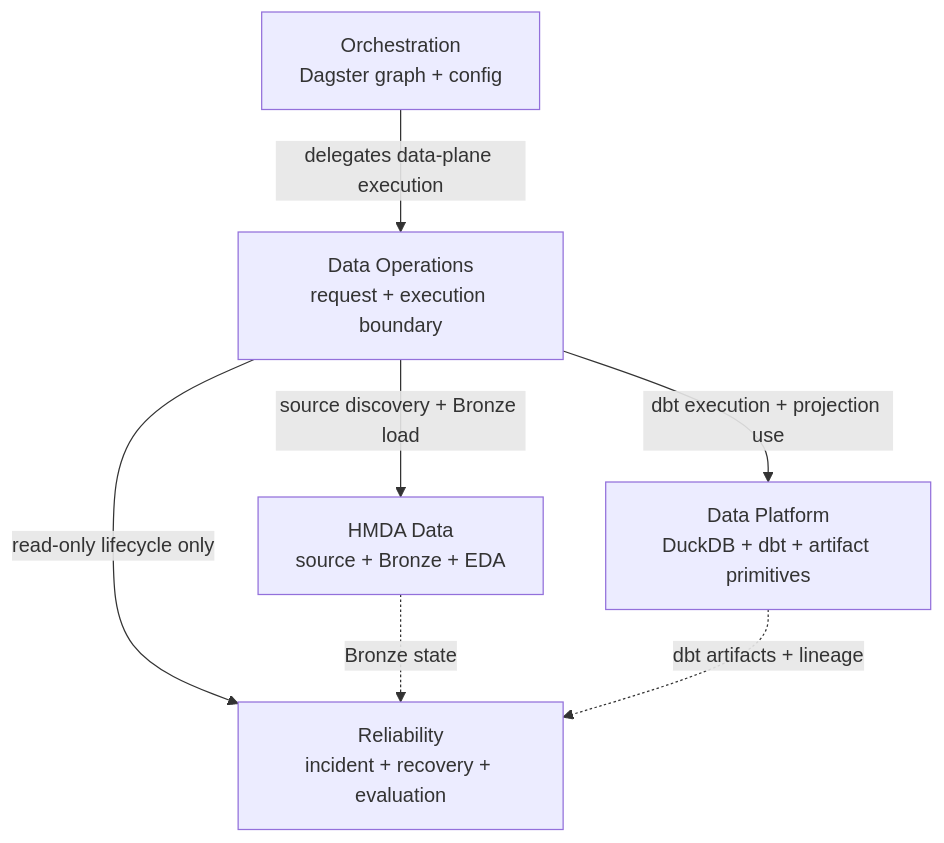
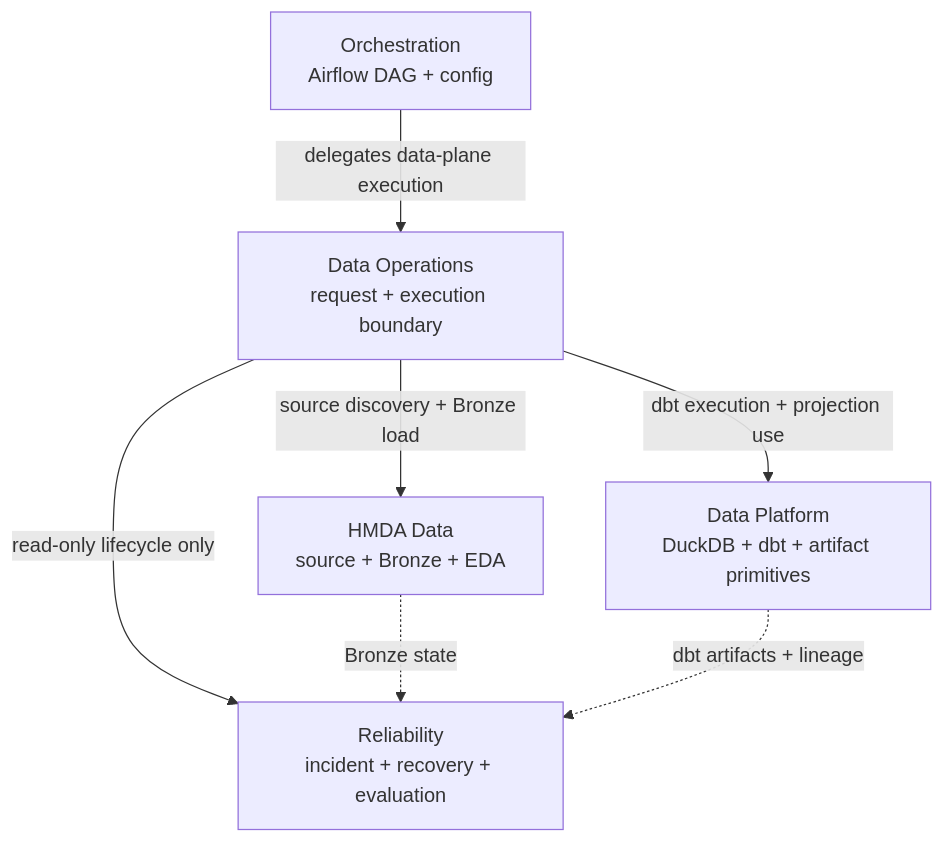
Before and after one commit to mols3131d/hmda-data-reliability: the diagram in docs/domains/OVERVIEW.md, drawn with Mermaid. The commit also changed other lines of this file and 34 other files, not shown here.

Commit message:
refactor: migrate orchestration to airflow

````diff
--- a/docs/domains/OVERVIEW.md
+++ b/docs/domains/OVERVIEW.md
@@ -15,9 +15,9 @@
 ```mermaid
 flowchart TB
-    orchestration["Orchestration<br/>Dagster graph + config"] -->|delegates data-plane execution| operations["Data Operations<br/>request + execution boundary"]
+    orchestration["Orchestration<br/>Airflow DAG + config"] -->|delegates data-plane execution| operations["Data Operations<br/>request + execution boundary"]
     operations -->|source discovery + Bronze load| hmda["HMDA Data<br/>source + Bronze + EDA"]
     operations -->|dbt execution + projection use| platform["Data Platform<br/>DuckDB + dbt + artifact primitives"]
     operations -->|read-only lifecycle only| reliability["Reliability<br/>incident + recovery + evaluation"]
     hmda -.->|Bronze state| reliability
     platform -.->|dbt artifacts + lineage| reliability
 ```
````
